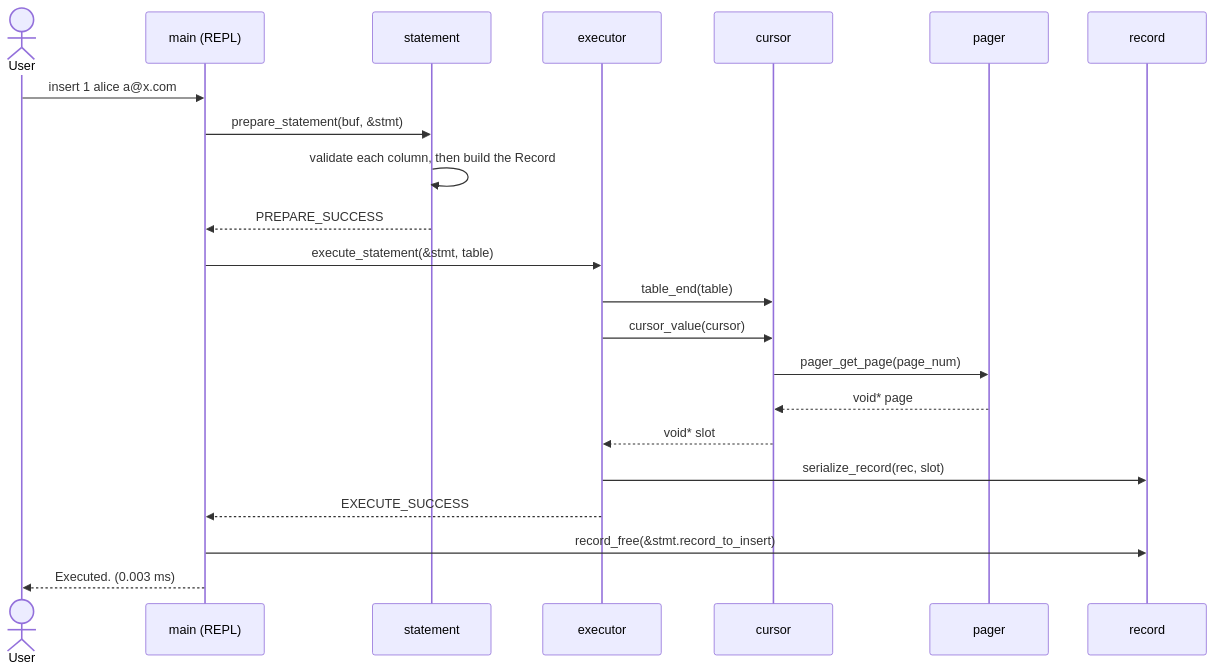
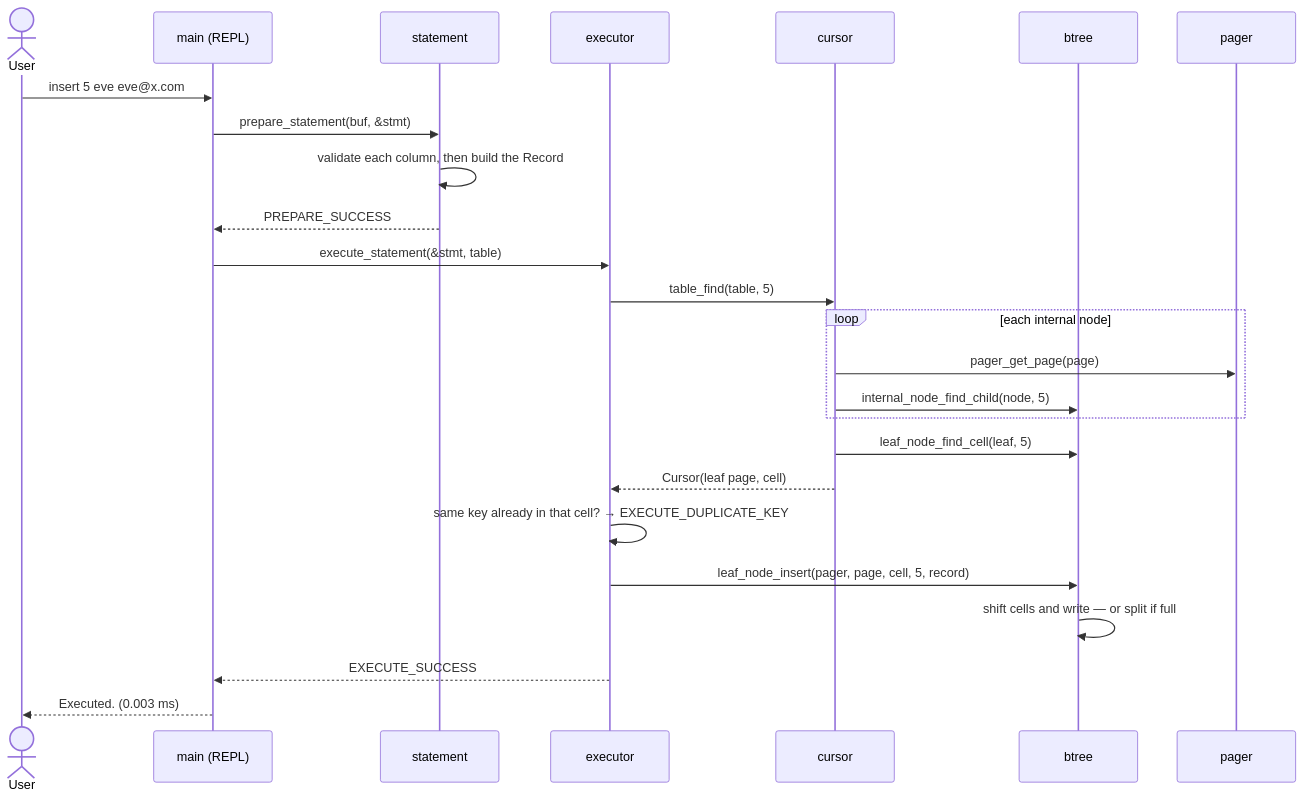
One commit to Rohitangshu2026/mini-sql changed the ninth of 16 diagrams in README.md. Above: the diagram before and after it, drawn with Mermaid. The commit also changed other lines of this file, not shown here.

````diff
--- a/README.md
+++ b/README.md
@@ -375,26 +536,29 @@
 ```mermaid
 sequenceDiagram
     actor U as User
     participant M as main (REPL)
     participant S as statement
     participant E as executor
     participant C as cursor
+    participant B as btree
     participant P as pager
-    participant R as record
 
-    U->>M: insert 1 alice a@x.com
+    U->>M: insert 5 eve eve@x.com
     M->>S: prepare_statement(buf, &stmt)
     S->>S: validate each column, then build the Record
     S-->>M: PREPARE_SUCCESS
 
     M->>E: execute_statement(&stmt, table)
-    E->>C: table_end(table)
-    E->>C: cursor_value(cursor)
-    C->>P: pager_get_page(page_num)
-    P-->>C: void* page
-    C-->>E: void* slot
-    E->>R: serialize_record(rec, slot)
+    E->>C: table_find(table, 5)
+    loop each internal node
+        C->>P: pager_get_page(page)
+        C->>B: internal_node_find_child(node, 5)
+    end
+    C->>B: leaf_node_find_cell(leaf, 5)
+    C-->>E: Cursor(leaf page, cell)
+    E->>E: same key already in that cell? → EXECUTE_DUPLICATE_KEY
+    E->>B: leaf_node_insert(pager, page, cell, 5, record)
+    B->>B: shift cells and write — or split if full
     E-->>M: EXECUTE_SUCCESS
-    M->>R: record_free(&stmt.record_to_insert)
     M-->>U: Executed. (0.003 ms)
 ```
````
